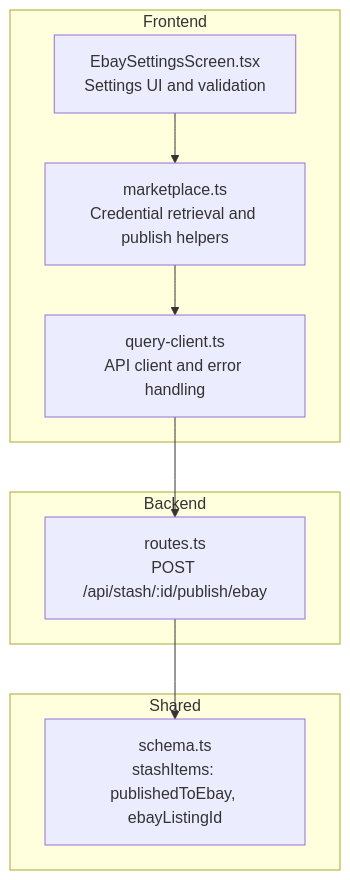
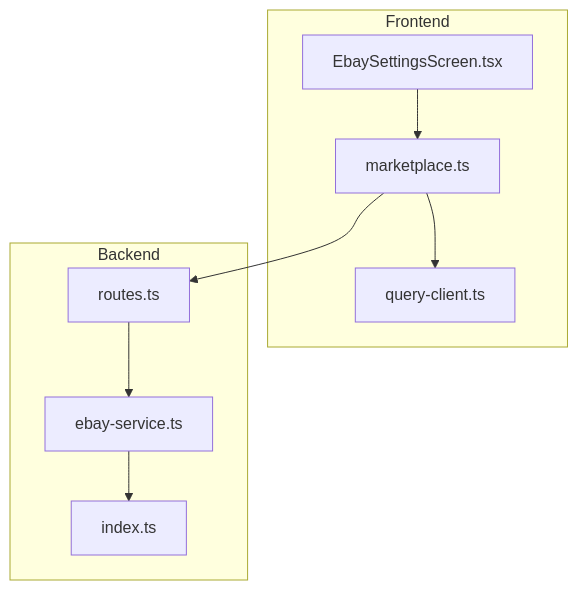
Before and after one commit to hunglevi87/Hidden-Gem: the first of 9 diagrams in .qoder/repowiki/en/content/Marketplace Integration/eBay Integration.md, drawn with Mermaid. The commit also changed other lines of this file and 99 other files, not shown here.

````diff
--- a/.qoder/repowiki/en/content/Marketplace Integration/eBay Integration.md
+++ b/.qoder/repowiki/en/content/Marketplace Integration/eBay Integration.md
@@ -42,18 +35,18 @@
 ```mermaid
 graph TB
 subgraph "Frontend"
-UI["EbaySettingsScreen.tsx<br/>Settings UI and validation"]
-MP["marketplace.ts<br/>Credential retrieval and publish helpers"]
-QC["query-client.ts<br/>API client and error handling"]
+ESS["EbaySettingsScreen.tsx"]
+MP["marketplace.ts"]
+QC["query-client.ts"]
 end
 subgraph "Backend"
-RT["routes.ts<br/>POST /api/stash/:id/publish/ebay"]
+R["routes.ts"]
+ES["ebay-service.ts"]
+IDX["index.ts"]
 end
-subgraph "Shared"
-DB["schema.ts<br/>stashItems: publishedToEbay, ebayListingId"]
-end
-UI --> MP
+ESS --> MP
 MP --> QC
-QC --> RT
-RT --> DB
+MP --> R
+R --> ES
+ES --> IDX
 ```
````
